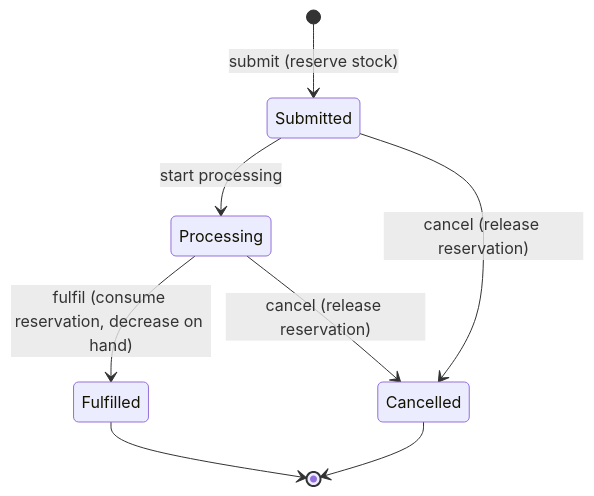
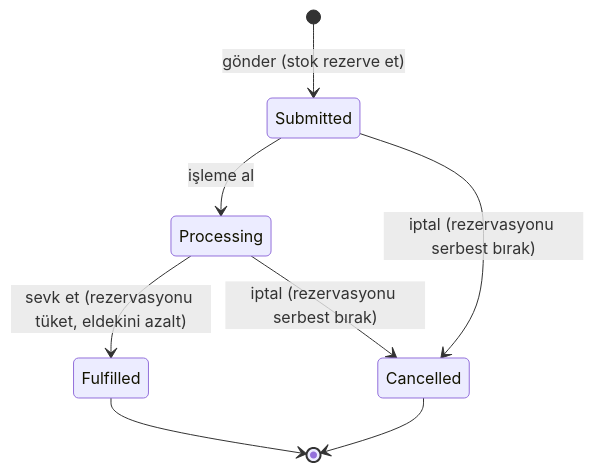
The third of 4 diagrams in README.md (Erenen1/inventory-ops), drawn with Mermaid before and after one commit. The commit also changed other lines of this file, not shown here.

````diff
--- a/README.md
+++ b/README.md
@@ -230,10 +230,10 @@
 ```mermaid
 stateDiagram-v2
-    [*] --> Submitted: submit (reserve stock)
-    Submitted --> Processing: start processing
-    Submitted --> Cancelled: cancel (release reservation)
-    Processing --> Fulfilled: fulfil (consume reservation, decrease on hand)
-    Processing --> Cancelled: cancel (release reservation)
+    [*] --> Submitted: gönder (stok rezerve et)
+    Submitted --> Processing: işleme al
+    Submitted --> Cancelled: iptal (rezervasyonu serbest bırak)
+    Processing --> Fulfilled: sevk et (rezervasyonu tüket, eldekini azalt)
+    Processing --> Cancelled: iptal (rezervasyonu serbest bırak)
     Fulfilled --> [*]
     Cancelled --> [*]
 ```
````
